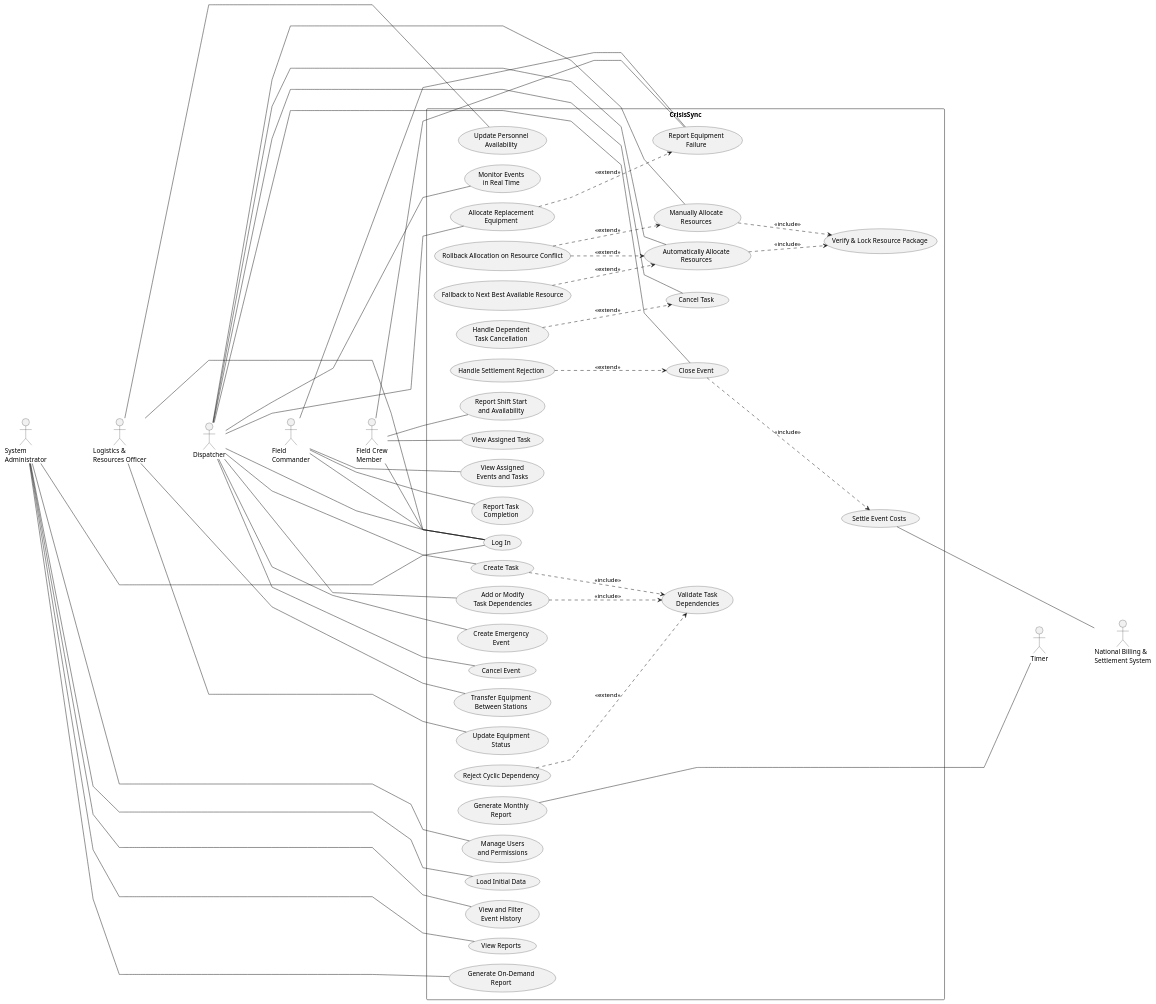
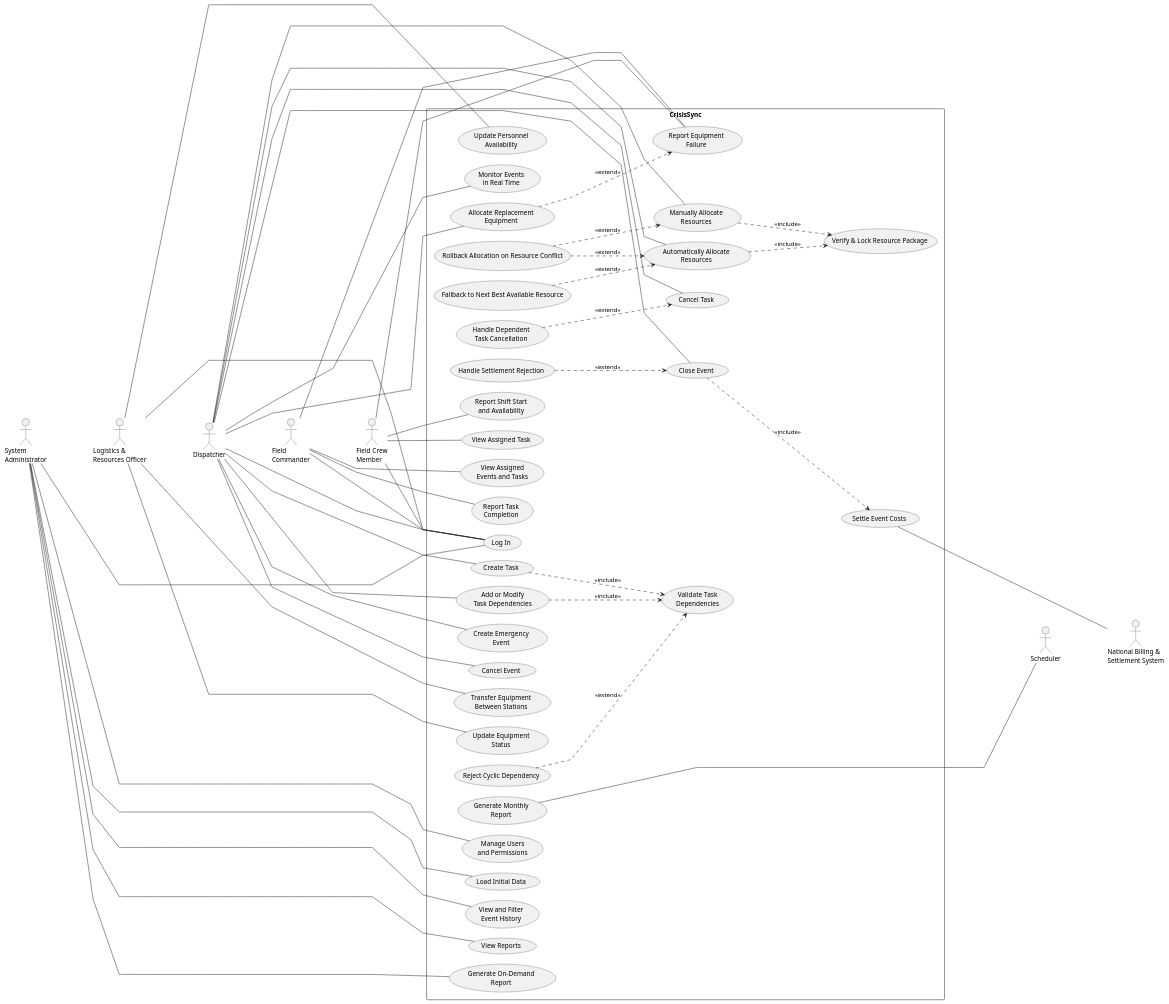
One commit to MohamadShalata/CrisisSync changed the diagram in CrisisSyncSystem.puml. Above: the diagram before and after it, drawn with PlantUML.

Commit message:
Change Timer Actor name to Scheduler

```diff
--- a/CrisisSyncSystem.puml
+++ b/CrisisSyncSystem.puml
@@ -1,134 +1,134 @@
 @startuml
 
 ' CrisisSync — Use Case Diagram (Synced Version)
 left to right direction
 skinparam linetype polyline
 skinparam nodesep 22
 skinparam ranksep 100
 
 ' Human Actors (Left Side - Aligned in one vertical column)
 together {
   actor "System\nAdministrator" as Admin
   actor "Logistics &\nResources Officer" as Logistics
   actor "Dispatcher" as Dispatcher
   actor "Field\nCommander" as Commander
   actor "Field Crew\nMember" as Crew
 }
 
 ' Non-Human Actors (Right Side)
 together {
   actor "National Billing &\nSettlement System" as Billing
-  actor "Timer" as Timer
+  actor "Scheduler" as Scheduler
 }
 
 rectangle "CrisisSync" {
 
   ' System Administrator Use Cases
   usecase "Manage Users\nand Permissions" as UC_Users
   usecase "Load Initial Data" as UC_Load
   usecase "View and Filter\nEvent History" as UC_History
   usecase "View Reports" as UC_ViewReports
   usecase "Generate On-Demand\nReport" as UC_GenerateManual
 
   ' Timer / Automatic Use Cases
   usecase "Generate Monthly\nReport" as UC_GenerateAuto
 
   ' Logistics & Resources Officer Use Cases
   usecase "Update Equipment\nStatus" as UC_EquipmentStatus
   usecase "Transfer Equipment\nBetween Stations" as UC_Transfer
   usecase "Update Personnel\nAvailability" as UC_Personnel
 
   ' Shared Authentication
   usecase "Log In" as UC_Login
 
   ' Dispatcher Use Cases
   usecase "Create Emergency\nEvent" as UC_CreateEvent
   usecase "Cancel Event" as UC_CancelEvent
   usecase "Create Task" as UC_CreateTask
   usecase "Add or Modify\nTask Dependencies" as UC_Dependencies
   usecase "Validate Task\nDependencies" as UC_Validate
   usecase "Reject Cyclic Dependency" as UC_RejectCycle
   usecase "Manually Allocate\nResources" as UC_ManualAllocate
   usecase "Automatically Allocate\nResources" as UC_AutomaticAllocate
   usecase "Verify & Lock Resource Package" as UC_VerifyLockPackage
   usecase "Rollback Allocation on Resource Conflict" as UC_RollbackAllocation
   usecase "Fallback to Next Best Available Resource" as UC_FallbackResource
   usecase "Monitor Events\nin Real Time" as UC_Monitor
   usecase "Cancel Task" as UC_CancelTask
   usecase "Handle Dependent\nTask Cancellation" as UC_CancelDependent
   usecase "Close Event" as UC_Close
   usecase "Settle Event Costs" as UC_Settle
   usecase "Handle Settlement Rejection" as UC_SettlementRejection
   usecase "Allocate Replacement\nEquipment" as UC_Replace
 
   ' Field Commander & Crew Use Cases
   usecase "View Assigned\nEvents and Tasks" as UC_ViewAssignedEvents
   usecase "Report Task\nCompletion" as UC_CompleteTask
   usecase "Report Equipment\nFailure" as UC_ReportFailure
   usecase "Report Shift Start\nand Availability" as UC_Shift
   usecase "View Assigned Task" as UC_ViewAssignedTask
 }
 
 ' Force strict vertical alignment on the left
 Admin -[hidden]down- Logistics
 Logistics -[hidden]down- Dispatcher
 Dispatcher -[hidden]down- Commander
 Commander -[hidden]down- Crew
 
 ' Human Actor Associations (Solid lines, NO arrowheads)
 Admin -- UC_Users
 Admin -- UC_Load
 Admin -- UC_History
 Admin -- UC_ViewReports
 Admin -- UC_GenerateManual
 Admin -- UC_Login
 
 Logistics -- UC_EquipmentStatus
 Logistics -- UC_Transfer
 Logistics -- UC_Personnel
 Logistics -- UC_Login
 
 Dispatcher -- UC_Login
 Dispatcher -- UC_CreateEvent
 Dispatcher -- UC_CancelEvent
 Dispatcher -- UC_CreateTask
 Dispatcher -- UC_Dependencies
 Dispatcher -- UC_ManualAllocate
 Dispatcher -- UC_AutomaticAllocate
 Dispatcher -- UC_Monitor
 Dispatcher -- UC_CancelTask
 Dispatcher -- UC_Close
 Dispatcher -- UC_Replace
 
 Commander -- UC_Login
 Commander -- UC_ViewAssignedEvents
 Commander -- UC_CompleteTask
 Commander -- UC_ReportFailure
 
 Crew -- UC_Login
 Crew -- UC_ReportFailure
 Crew -- UC_Shift
 Crew -- UC_ViewAssignedTask
 
 ' Non-Human Actor Associations (Right Side)
-UC_GenerateAuto ---- Timer
+UC_GenerateAuto ---- Scheduler
 UC_Settle ---- Billing
-Timer -[hidden]down- Billing
+Scheduler -[hidden]down- Billing
 
 ' Include Dependencies (Base ..> Included)
 UC_Close ..> UC_Settle : <<include>>
 UC_CreateTask ..> UC_Validate : <<include>>
 UC_Dependencies ..> UC_Validate : <<include>>
 UC_ManualAllocate ..> UC_VerifyLockPackage : <<include>>
 UC_AutomaticAllocate ..> UC_VerifyLockPackage : <<include>>
 
 ' Extend Dependencies (Extension ..> Base)
 UC_CancelDependent ..> UC_CancelTask : <<extend>>
 UC_RejectCycle ..> UC_Validate : <<extend>>
 UC_RollbackAllocation ..> UC_ManualAllocate : <<extend>>
 UC_RollbackAllocation ..> UC_AutomaticAllocate : <<extend>>
 UC_FallbackResource ..> UC_AutomaticAllocate : <<extend>>
 UC_Replace ..> UC_ReportFailure : <<extend>>
 UC_SettlementRejection ..> UC_Close : <<extend>>
 
 @enduml
```
